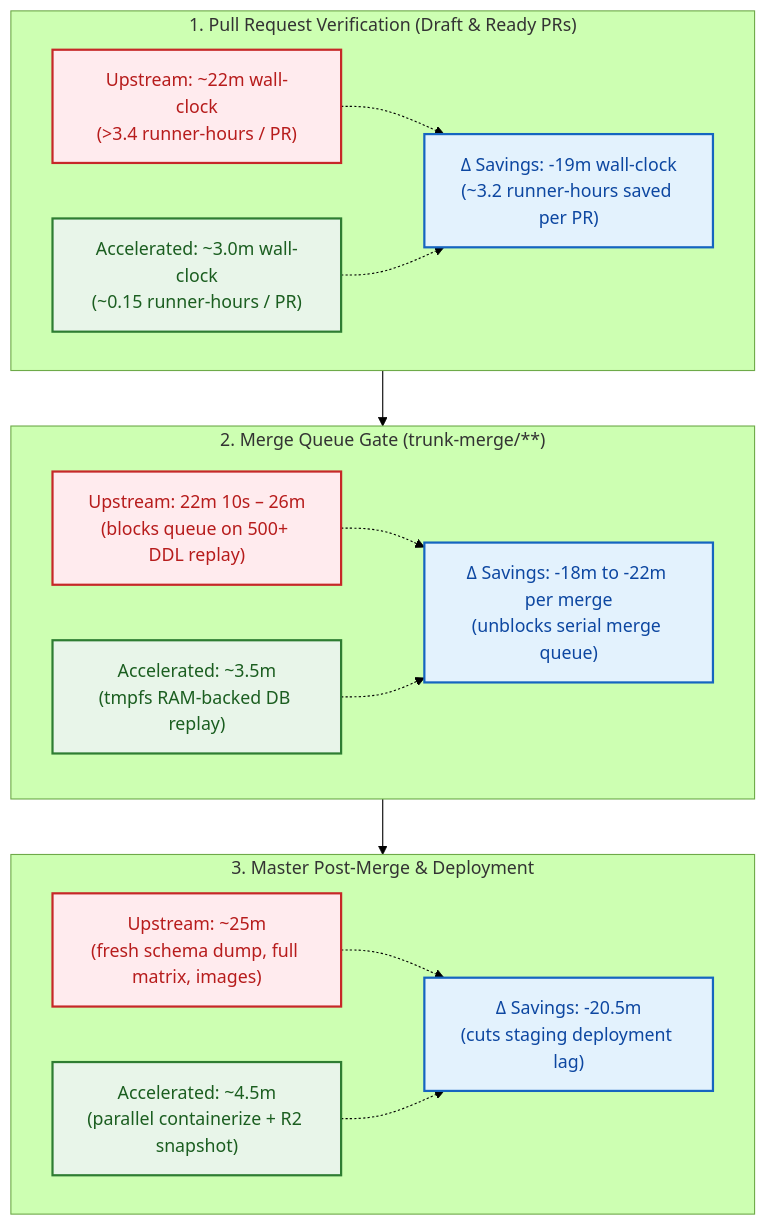
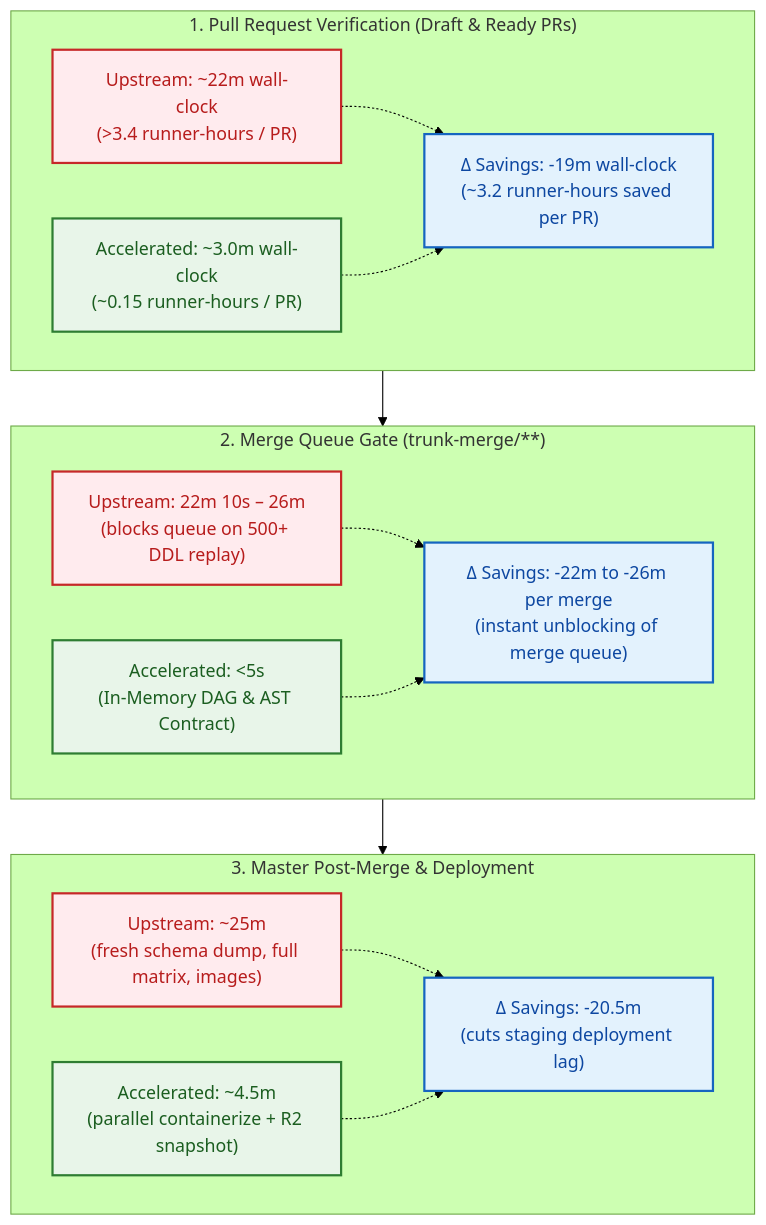
Before and after one commit to tonky/posthog: the diagram in UPSTREAM_CI_COMPARISON.md, drawn with Mermaid (forest theme). The commit also changed other lines of this file and 6 other files, not shown here.

Commit message:
ci: replace 22-min scratch migration replay with <5s static contract & DAG verification

````diff
--- a/UPSTREAM_CI_COMPARISON.md
+++ b/UPSTREAM_CI_COMPARISON.md
@@ -110,33 +111,33 @@
 ```mermaid
 graph TD
     classDef upstream fill:#ffebee,stroke:#c62828,stroke-width:2px,color:#b71c1c;
     classDef enve fill:#e8f5e9,stroke:#2e7d32,stroke-width:2px,color:#1b5e20;
     classDef delta fill:#e3f2fd,stroke:#1565c0,stroke-width:2px,color:#0d47a1;
 
     subgraph PR_Phase ["1. Pull Request Verification (Draft & Ready PRs)"]
         PR_UP["Upstream: ~22m wall-clock<br>(>3.4 runner-hours / PR)"]:::upstream
         PR_ENVE["Accelerated: ~3.0m wall-clock<br>(~0.15 runner-hours / PR)"]:::enve
         PR_DIFF["Δ Savings: -19m wall-clock<br>(~3.2 runner-hours saved per PR)"]:::delta
         PR_UP -.-> PR_DIFF
         PR_ENVE -.-> PR_DIFF
     end
 
     subgraph MQ_Phase ["2. Merge Queue Gate (trunk-merge/**)"]
         MQ_UP["Upstream: 22m 10s – 26m<br>(blocks queue on 500+ DDL replay)"]:::upstream
-        MQ_ENVE["Accelerated: ~3.5m<br>(tmpfs RAM-backed DB replay)"]:::enve
-        MQ_DIFF["Δ Savings: -18m to -22m per merge<br>(unblocks serial merge queue)"]:::delta
+        MQ_ENVE["Accelerated: <5s<br>(In-Memory DAG & AST Contract)"]:::enve
+        MQ_DIFF["Δ Savings: -22m to -26m per merge<br>(instant unblocking of merge queue)"]:::delta
         MQ_UP -.-> MQ_DIFF
         MQ_ENVE -.-> MQ_DIFF
     end
 
     subgraph Master_Phase ["3. Master Post-Merge & Deployment"]
         M_UP["Upstream: ~25m<br>(fresh schema dump, full matrix, images)"]:::upstream
         M_ENVE["Accelerated: ~4.5m<br>(parallel containerize + R2 snapshot)"]:::enve
         M_DIFF["Δ Savings: -20.5m<br>(cuts staging deployment lag)"]:::delta
         M_UP -.-> M_DIFF
         M_ENVE -.-> M_DIFF
     end
 
     PR_Phase --> MQ_Phase
     MQ_Phase --> Master_Phase
 ```
````
